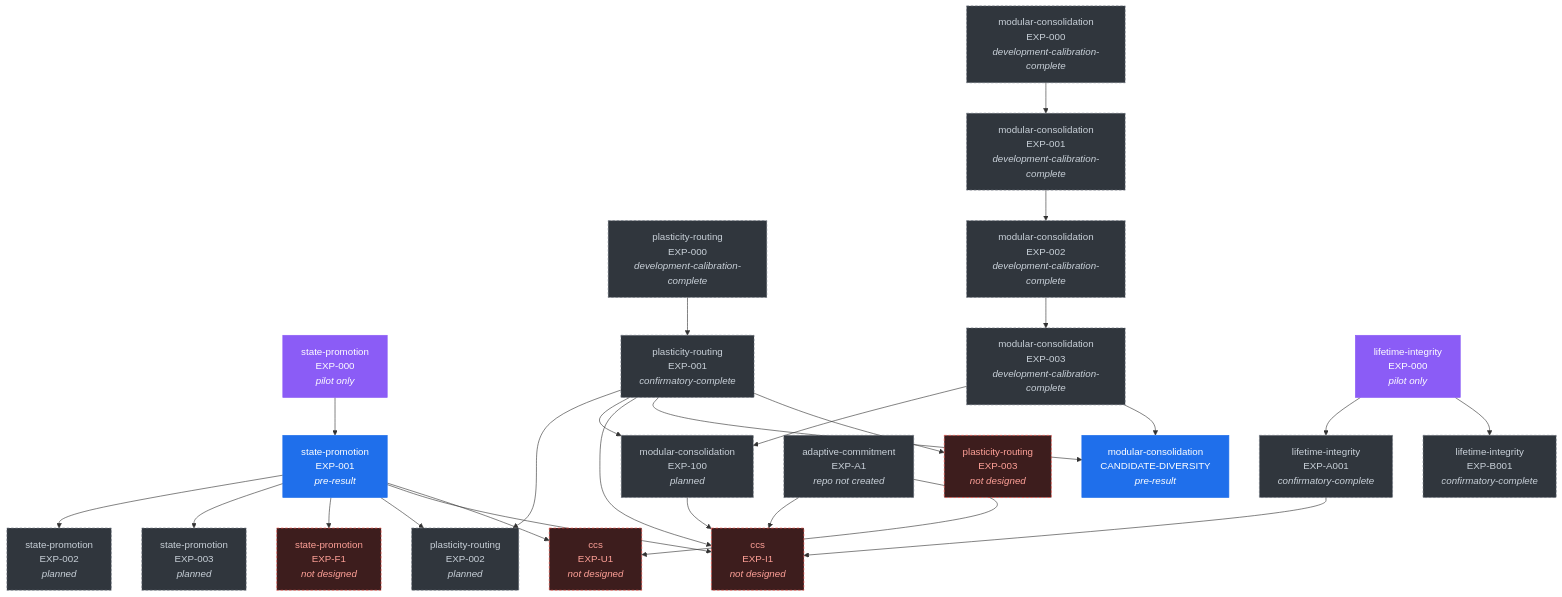
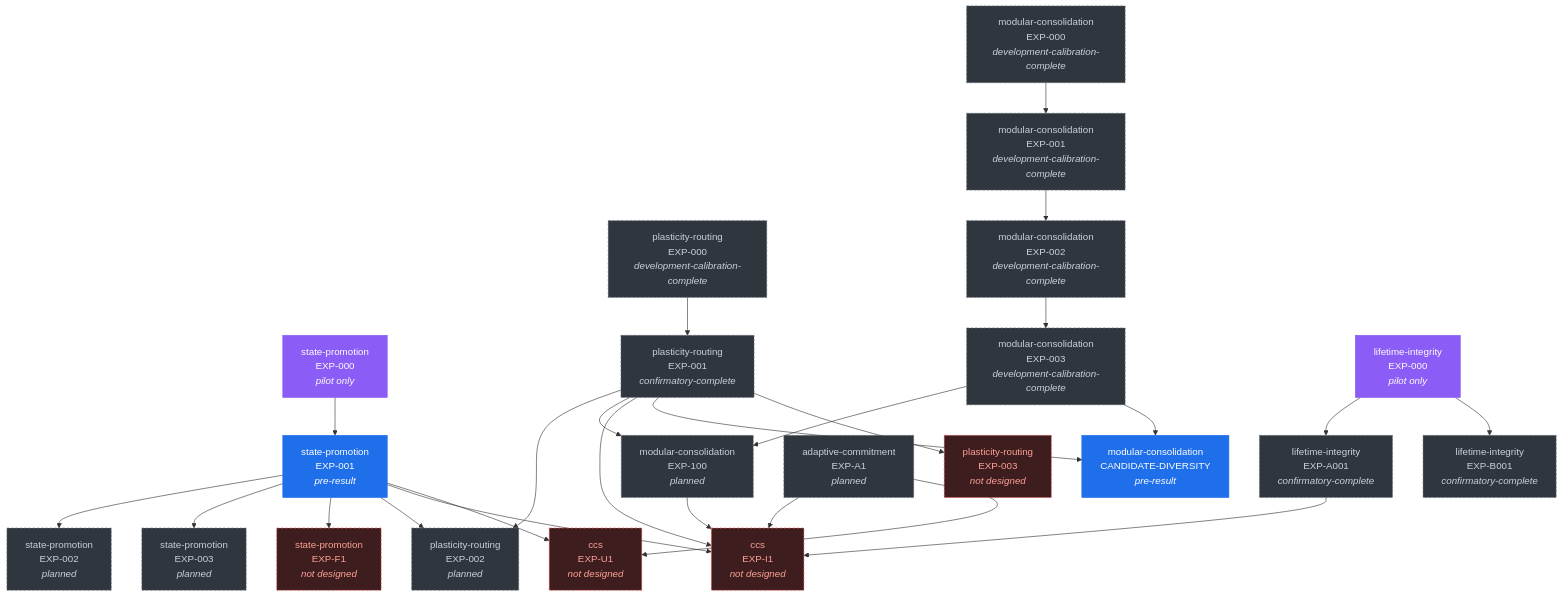
The diagram in docs/DEPENDENCY-DAG.md (in-c0/consolidating-cognitive-substrate), drawn with Mermaid before and after one commit. The commit also changed 11 other files, not shown here.

````diff
--- a/docs/DEPENDENCY-DAG.md
+++ b/docs/DEPENDENCY-DAG.md
@@ -14,75 +14,75 @@
 ```mermaid
 graph TD
   state_promotion_EXP_000["state-promotion<br/>EXP-000<br/><i>pilot only</i>"]
   class state_promotion_EXP_000 pilot;
   state_promotion_EXP_001["state-promotion<br/>EXP-001<br/><i>pre-result</i>"]
   class state_promotion_EXP_001 active;
   state_promotion_EXP_002["state-promotion<br/>EXP-002<br/><i>planned</i>"]
   class state_promotion_EXP_002 planned;
   state_promotion_EXP_003["state-promotion<br/>EXP-003<br/><i>planned</i>"]
   class state_promotion_EXP_003 planned;
   state_promotion_EXP_F1["state-promotion<br/>EXP-F1<br/><i>not designed</i>"]
   class state_promotion_EXP_F1 undesigned;
   plasticity_routing_EXP_000["plasticity-routing<br/>EXP-000<br/><i>development-calibration-complete</i>"]
   class plasticity_routing_EXP_000 planned;
   plasticity_routing_EXP_001["plasticity-routing<br/>EXP-001<br/><i>confirmatory-complete</i>"]
   class plasticity_routing_EXP_001 planned;
   plasticity_routing_EXP_002["plasticity-routing<br/>EXP-002<br/><i>planned</i>"]
   class plasticity_routing_EXP_002 planned;
   modular_consolidation_EXP_000["modular-consolidation<br/>EXP-000<br/><i>development-calibration-complete</i>"]
   class modular_consolidation_EXP_000 planned;
   modular_consolidation_EXP_001["modular-consolidation<br/>EXP-001<br/><i>development-calibration-complete</i>"]
   class modular_consolidation_EXP_001 planned;
   modular_consolidation_EXP_002["modular-consolidation<br/>EXP-002<br/><i>development-calibration-complete</i>"]
   class modular_consolidation_EXP_002 planned;
   modular_consolidation_EXP_003["modular-consolidation<br/>EXP-003<br/><i>development-calibration-complete</i>"]
   class modular_consolidation_EXP_003 planned;
   modular_consolidation_EXP_100["modular-consolidation<br/>EXP-100<br/><i>planned</i>"]
   class modular_consolidation_EXP_100 planned;
   lifetime_integrity_EXP_000["lifetime-integrity<br/>EXP-000<br/><i>pilot only</i>"]
   class lifetime_integrity_EXP_000 pilot;
   lifetime_integrity_EXP_A001["lifetime-integrity<br/>EXP-A001<br/><i>confirmatory-complete</i>"]
   class lifetime_integrity_EXP_A001 planned;
   lifetime_integrity_EXP_B001["lifetime-integrity<br/>EXP-B001<br/><i>confirmatory-complete</i>"]
   class lifetime_integrity_EXP_B001 planned;
   ccs_EXP_I1["ccs<br/>EXP-I1<br/><i>not designed</i>"]
   class ccs_EXP_I1 undesigned;
-  adaptive_commitment_EXP_A1["adaptive-commitment<br/>EXP-A1<br/><i>repo not created</i>"]
+  adaptive_commitment_EXP_A1["adaptive-commitment<br/>EXP-A1<br/><i>planned</i>"]
   class adaptive_commitment_EXP_A1 planned;
   ccs_EXP_U1["ccs<br/>EXP-U1<br/><i>not designed</i>"]
   class ccs_EXP_U1 undesigned;
   modular_consolidation_CANDIDATE_DIVERSITY["modular-consolidation<br/>CANDIDATE-DIVERSITY<br/><i>pre-result</i>"]
   class modular_consolidation_CANDIDATE_DIVERSITY active;
   plasticity_routing_EXP_003["plasticity-routing<br/>EXP-003<br/><i>not designed</i>"]
   class plasticity_routing_EXP_003 undesigned;
 
   state_promotion_EXP_000 --> state_promotion_EXP_001
   state_promotion_EXP_001 --> state_promotion_EXP_002
   state_promotion_EXP_001 --> state_promotion_EXP_003
   state_promotion_EXP_001 --> state_promotion_EXP_F1
   plasticity_routing_EXP_000 --> plasticity_routing_EXP_001
   plasticity_routing_EXP_001 --> plasticity_routing_EXP_002
   state_promotion_EXP_001 --> plasticity_routing_EXP_002
   modular_consolidation_EXP_000 --> modular_consolidation_EXP_001
   modular_consolidation_EXP_001 --> modular_consolidation_EXP_002
   modular_consolidation_EXP_002 --> modular_consolidation_EXP_003
   modular_consolidation_EXP_003 --> modular_consolidation_EXP_100
   plasticity_routing_EXP_001 --> modular_consolidation_EXP_100
   lifetime_integrity_EXP_000 --> lifetime_integrity_EXP_A001
   lifetime_integrity_EXP_000 --> lifetime_integrity_EXP_B001
   state_promotion_EXP_001 --> ccs_EXP_I1
   plasticity_routing_EXP_001 --> ccs_EXP_I1
   adaptive_commitment_EXP_A1 --> ccs_EXP_I1
   modular_consolidation_EXP_100 --> ccs_EXP_I1
   lifetime_integrity_EXP_A001 --> ccs_EXP_I1
   state_promotion_EXP_001 --> ccs_EXP_U1
   adaptive_commitment_EXP_A1 --> ccs_EXP_U1
   modular_consolidation_EXP_003 --> modular_consolidation_CANDIDATE_DIVERSITY
   plasticity_routing_EXP_001 --> modular_consolidation_CANDIDATE_DIVERSITY
   plasticity_routing_EXP_001 --> plasticity_routing_EXP_003
 
   classDef active fill:#1f6feb,stroke:#1f6feb,color:#fff;
   classDef pilot fill:#8b5cf6,stroke:#8b5cf6,color:#fff;
   classDef planned fill:#30363d,stroke:#6e7681,color:#c9d1d9,stroke-dasharray:4 3;
   classDef undesigned fill:#3d1d1d,stroke:#f85149,color:#ffa198,stroke-dasharray:4 3;
 ```
````
